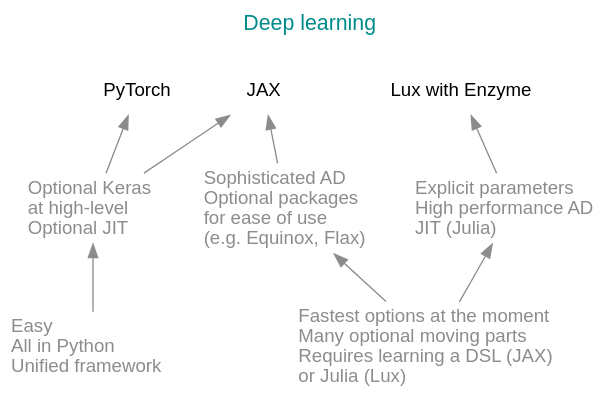
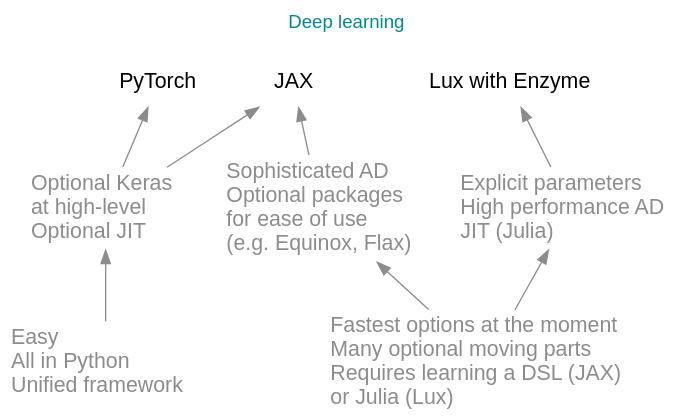
Before and after one commit to WestDRI/arc-training: diagram 23 of 24 in ai/wb_frameworks_content.qmd, drawn with Graphviz. The commit also changed other lines of this file and 2 other files, not shown here.

````diff
--- a/ai/wb_frameworks_content.qmd
+++ b/ai/wb_frameworks_content.qmd
@@ -1250,39 +1253,39 @@
 ```{dot}
 //| echo: false
 
 strict digraph {
 
 bgcolor="transparent"
 graph [fontname="Inconsolata, sans-serif"]
 node [fontname="Inconsolata, sans-serif"]
 label="Deep learning\n\n"
-fontsize=16
+fontsize=14
 fontcolor=darkcyan
 labelloc=t
 
-1 [label=PyTorch, shape=plaintext]
-2 [label=JAX, shape=plaintext]
-3 [label="Lux with Enzyme", shape=plaintext]
+1 [label=PyTorch, shape=plaintext, fontsize=16]
+2 [label=JAX, shape=plaintext, fontsize=16]
+3 [label="Lux with Enzyme", shape=plaintext, fontsize=16]
 
-4 [label="Optional Keras\lat high-level\lOptional JIT\l", shape=plaintext, fontcolor=gray55]
-5 [label="Sophisticated AD\lOptional packages\lfor ease of use\l(e.g. Equinox, Flax)\l", shape=plaintext, fontcolor=gray55]
-6 [label="Explicit parameters\lHigh performance AD\lJIT (Julia)\l", shape=plaintext, fontcolor=gray55]
+4 [label="Optional Keras\lat high-level\lOptional JIT\l", shape=plaintext, fontcolor=gray55, fontsize=16]
+5 [label="Sophisticated AD\lOptional packages\lfor ease of use\l(e.g. Equinox, Flax)\l", shape=plaintext, fontcolor=gray55, fontsize=16]
+6 [label="Explicit parameters\lHigh performance AD\lJIT (Julia)\l", shape=plaintext, fontcolor=gray55, fontsize=16]
 
-7 [label="Easy\lAll in Python\lUnified framework\l", shape=plaintext, fontcolor=gray55]
-8 [label="Fastest options at the moment\lMany optional moving parts\lRequires learning a DSL (JAX)\lor Julia (Lux)\l", shape=plaintext, fontcolor=gray55]
+7 [label="Easy\lAll in Python\lUnified framework\l", shape=plaintext, fontcolor=gray55, fontsize=16]
+8 [label="Fastest options at the moment\lMany optional moving parts\lRequires learning a DSL (JAX)\lor Julia (Lux)\l", shape=plaintext, fontcolor=gray55, fontsize=16]
 
 {rank=same; 1 2 3}
 
 1 -> 2 -> 3 [style=invis]
 
 1 -> 4 [dir=back, color=gray55]
 2 -> 4 [dir=back, color=gray55]
 2 -> 5 [dir=back, color=gray55]
 3 -> 6 [dir=back, color=gray55]
 
 4 -> 7 [dir=back, color=gray55]
 5 -> 8 [dir=back, color=gray55]
 6 -> 8 [dir=back, color=gray55]
 
 }
 ```
````
